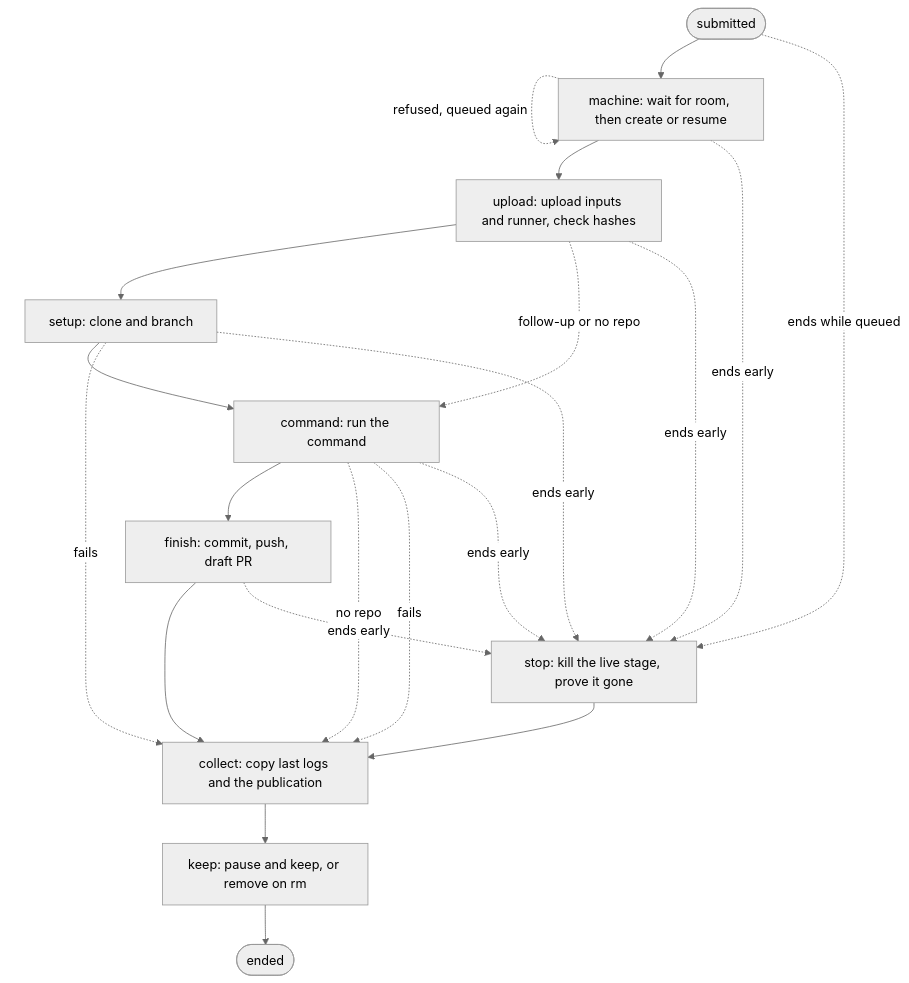
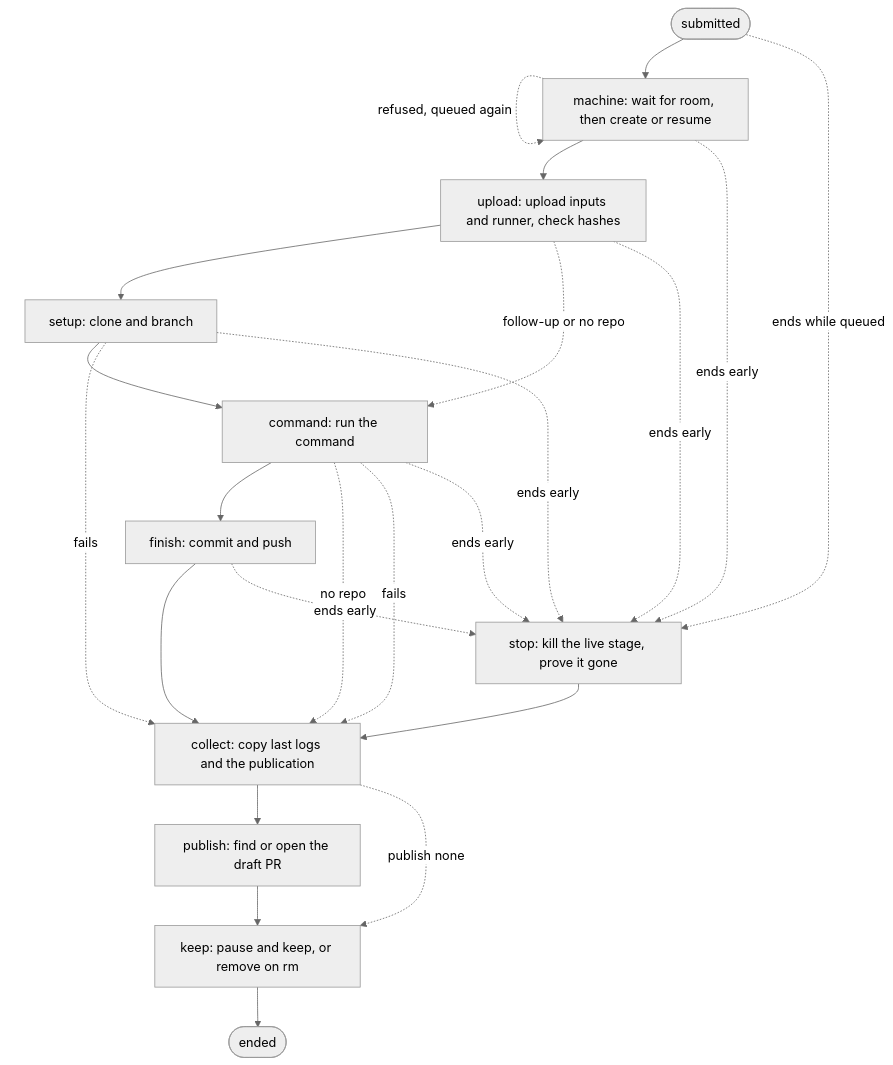
Before and after one commit to solev/hibernaut: the first of 4 diagrams in SKETCH.md, drawn with Mermaid (neutral theme). The commit also changed other lines of this file and 14 other files, not shown here.

````diff
--- a/SKETCH.md
+++ b/SKETCH.md
@@ -294,33 +306,36 @@
 ```mermaid
 flowchart TD
     submitted(["submitted"])
     machine["machine: wait for room, then create or resume"]
     upload["upload: upload inputs and runner, check hashes"]
     setup["setup: clone and branch"]
     command["command: run the command"]
-    finish["finish: commit, push, draft PR"]
+    finish["finish: commit and push"]
     stop["stop: kill the live stage, prove it gone"]
     collect["collect: copy last logs and the publication"]
+    publish["publish: find or open the draft PR"]
     keep["keep: pause and keep, or remove on rm"]
     ended(["ended"])
     submitted --> machine
     submitted -.->|ends while queued| stop
     machine -.->|refused, queued again| machine
     machine --> upload
     machine -.->|ends early| stop
     upload --> setup
     upload -.->|follow-up or no repo| command
     upload -.->|ends early| stop
     setup --> command
     setup -.->|fails| collect
     setup -.->|ends early| stop
     command --> finish
     command -.->|no repo| collect
     command -.->|fails| collect
     command -.->|ends early| stop
     finish --> collect
     finish -.->|ends early| stop
     stop --> collect
-    collect --> keep
+    collect --> publish
+    collect -.->|publish none| keep
+    publish --> keep
     keep --> ended
 ```
````
